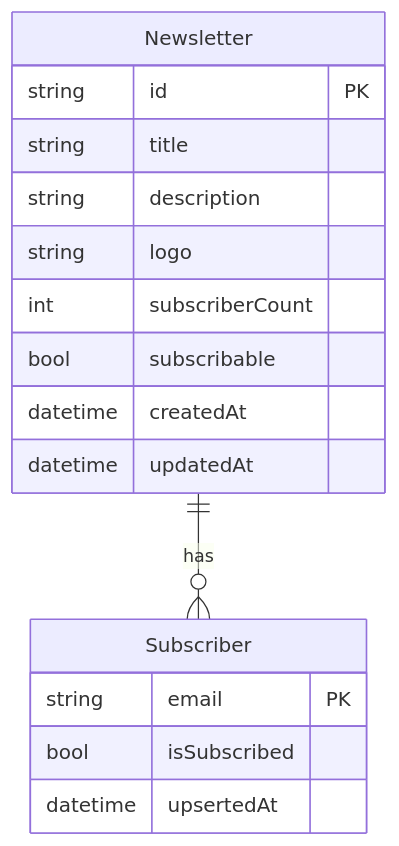
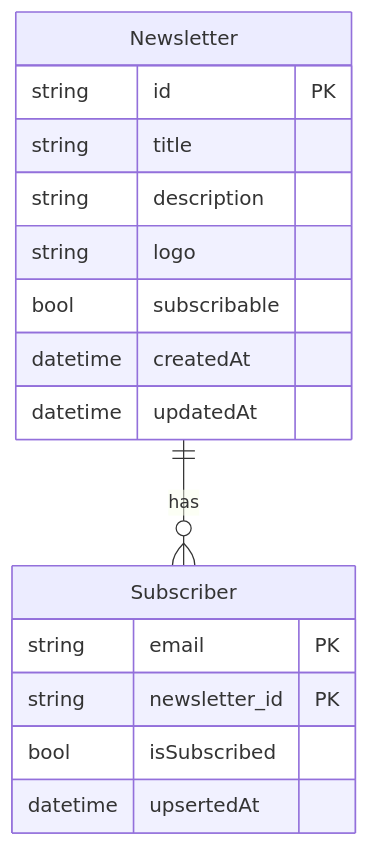
One commit to gordon8214/LetterDrop changed the diagram in app/README.md. Above: the diagram before and after it, drawn with Mermaid. The commit also changed 1 other file, not shown here.

````diff
--- a/app/README.md
+++ b/app/README.md
@@ -22,21 +22,21 @@
 ```mermaid
 erDiagram
     Newsletter ||--o{ Subscriber : has
 
     Newsletter {
         string id PK
         string title
         string description 
         string logo
-        int subscriberCount
         bool subscribable
         datetime createdAt
         datetime updatedAt
     }
 
     Subscriber {
         string email PK
+        string newsletter_id PK
         bool isSubscribed
         datetime upsertedAt
     }
 ```
````
